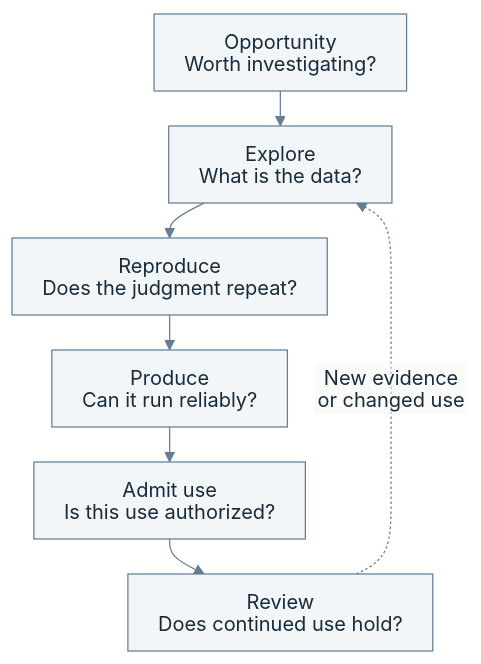
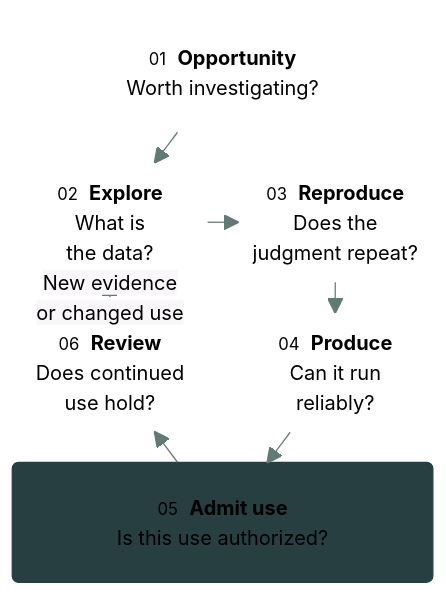
One commit to HengYangDS/data-department-work-guidelines changed the diagram in docs/data.md. Above: the diagram before and after it, drawn with Mermaid. The commit also changed other lines of this file and 6 other files, not shown here.

````diff
--- a/docs/data.md
+++ b/docs/data.md
@@ -74,30 +77,39 @@
 ```mermaid
 ---
 config:
   theme: base
   look: classic
-  htmlLabels: false
+  htmlLabels: true
   fontFamily: "system-ui, sans-serif"
   themeVariables:
     fontFamily: "system-ui, sans-serif"
     fontSize: "16px"
-    primaryColor: "#f3f6f8"
-    primaryTextColor: "#182b3a"
+    primaryColor: "#fbfaf7"
+    primaryTextColor: "#28373b"
     primaryBorderColor: "#657e91"
-    lineColor: "#657e91"
-  flowchart:
-    nodeSpacing: 24
-    rankSpacing: 28
-    padding: 12
-    wrappingWidth: 280
+    lineColor: "#627a75"
+  themeCSS: |
+    .nodeLabel { font-size: 14px; line-height: 1.35; }
+    .nodeLabel b { font-size: 16px; font-weight: 600; }
+    .nodeLabel small { font-size: 11px; font-weight: 500; letter-spacing: 0.75px; }
+    .edgeLabel { font-size: 12px; line-height: 1.25; }
+    .edgeLabel .label { transform-box: fill-box; transform: translate(8px, -50%); }
+  block:
+    padding: 24
 ---
-flowchart TB
-    accTitle: From a data opportunity to controlled use and review
-    accDescr: Opportunity leads to exploration, repetition, production, use admission, and feedback. Feedback can reopen exploration; production alone does not authorize use.
-    O["Opportunity<br/>Worth investigating?"] --> X["Explore<br/>What is the data?"]
-    X --> R["Reproduce<br/>Does the judgment repeat?"]
-    R --> P["Produce<br/>Can it run reliably?"]
-    P --> A["Admit use<br/>Is this use authorized?"]
-    A --> F["Review<br/>Does continued use hold?"]
+block-beta
+    columns 2
+    O("<small>01</small>&nbsp; <b>Opportunity</b><br/>Worth investigating?"):2
+    X("<small>02</small>&nbsp; <b>Explore</b><br/>What is<br/>the data?") R("<small>03</small>&nbsp; <b>Reproduce</b><br/>Does the<br/>judgment repeat?")
+    F("<small>06</small>&nbsp; <b>Review</b><br/>Does continued<br/>use hold?") P("<small>04</small>&nbsp; <b>Produce</b><br/>Can it run<br/>reliably?")
+    A("<small>05</small>&nbsp; <b>Admit use</b><br/>Is this use authorized?"):2
+    O --> X
+    X --> R
+    R --> P
+    P --> A
+    A --> F
     F -. "New evidence<br/>or changed use" .-> X
+    classDef default fill:none,stroke:none,color:#28373b
+    class A principal
+    classDef principal fill:#283f42,stroke:#283f42,color:#ffffff,stroke-width:1px
 ```
````
